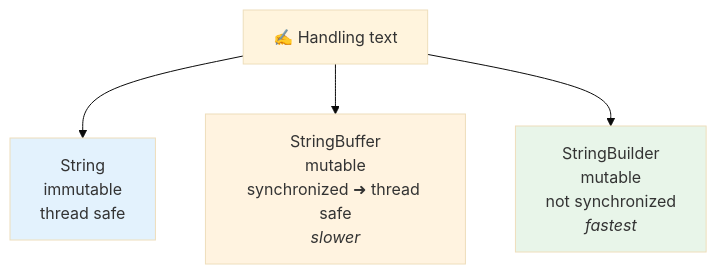
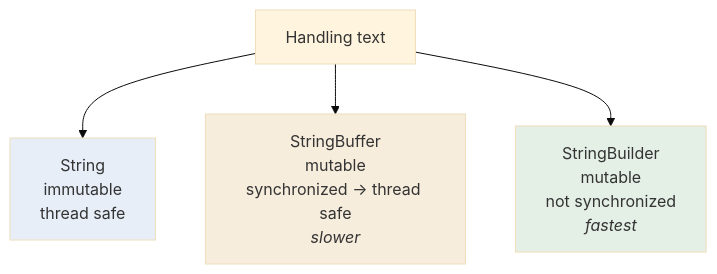
The first of 2 diagrams in src/Theory/04-Arrays-and-Strings/04-StringBuilder.md (kundankumarsharma56/Leaning-Java), drawn with Mermaid (base theme) before and after one commit. The commit also changed other lines of this file and 84 other files, not shown here.

````diff
--- a/src/Theory/04-Arrays-and-Strings/04-StringBuilder.md
+++ b/src/Theory/04-Arrays-and-Strings/04-StringBuilder.md
@@ -21,9 +21,9 @@
 ```mermaid
 flowchart TD
-    T["✍️ Handling text"] --> A["String<br/>immutable<br/>thread safe"]
-    T --> B["StringBuffer<br/>mutable<br/>synchronized ➜ thread safe<br/><i>slower</i>"]
+    T["Handling text"] --> A["String<br/>immutable<br/>thread safe"]
+    T --> B["StringBuffer<br/>mutable<br/>synchronized → thread safe<br/><i>slower</i>"]
     T --> C["StringBuilder<br/>mutable<br/>not synchronized<br/><i>fastest</i>"]
-    style A fill:#e3f2fd
-    style B fill:#fff3e0
-    style C fill:#e8f5e9
+    style A fill:#e7eef7
+    style B fill:#f7eddd
+    style C fill:#e4efe6
 ```
````
